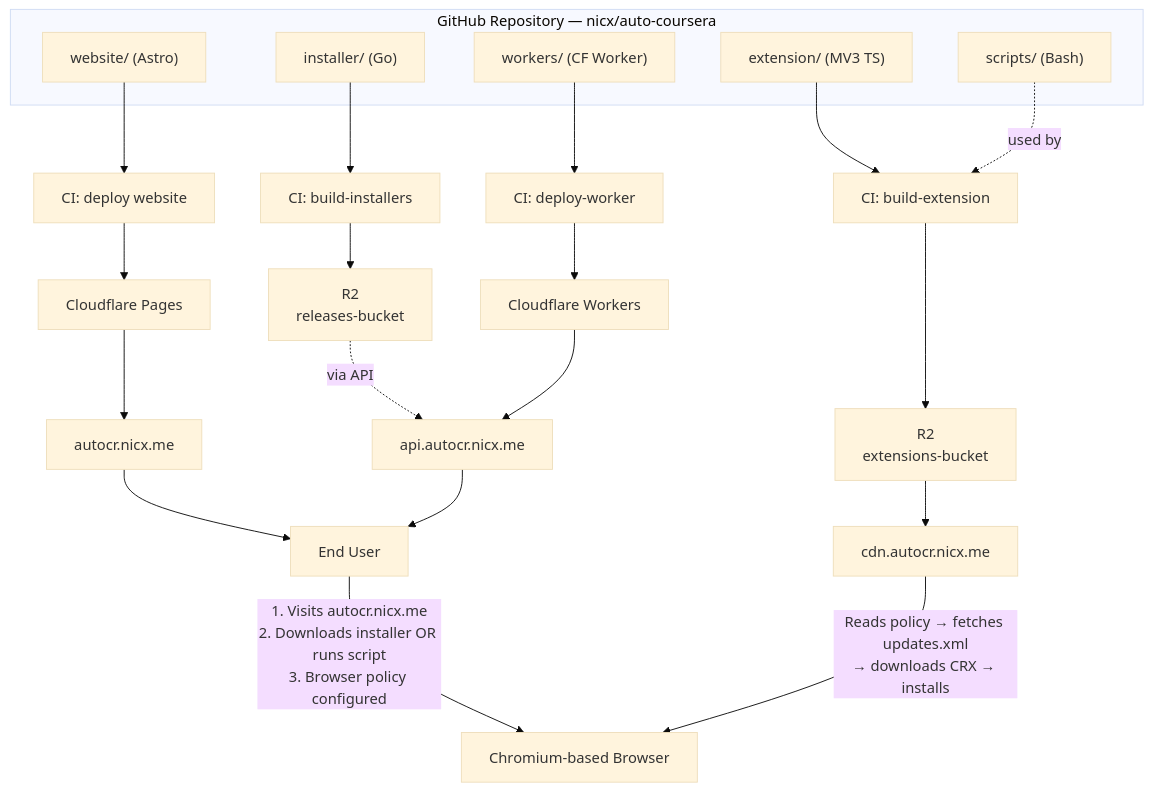
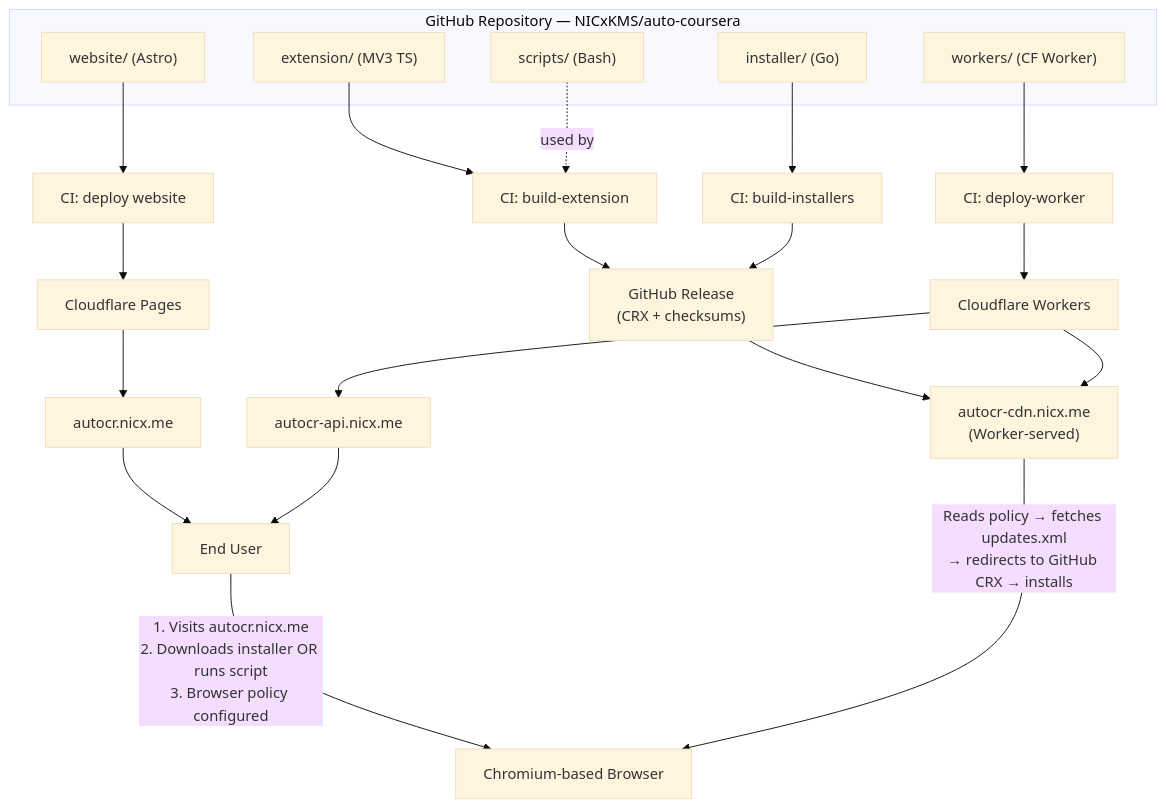
The first of 4 diagrams in docs/ARCHITECTURE.md (NICxKMS/auto-coursera), drawn with Mermaid (base theme) before and after one commit. The commit also changed other lines of this file and 116 other files, not shown here.

````diff
--- a/docs/ARCHITECTURE.md
+++ b/docs/ARCHITECTURE.md
@@ -48,32 +48,32 @@
 ```mermaid
 flowchart TD
-    subgraph repo["GitHub Repository — nicx/auto-coursera"]
+    subgraph repo["GitHub Repository — NICxKMS/auto-coursera"]
         ext["extension/ (MV3 TS)"]
         inst["installer/ (Go)"]
         web["website/ (Astro)"]
         wkr["workers/ (CF Worker)"]
         scr["scripts/ (Bash)"]
     end
 
     ext --> ci1["CI: build-extension"]
     inst --> ci2["CI: build-installers"]
     web --> ci3["CI: deploy website"]
     wkr --> ci4["CI: deploy-worker"]
     scr -.->|"used by"| ci1
 
-    ci1 --> r2e["R2\nextensions-bucket"]
-    ci2 --> r2r["R2\nreleases-bucket"]
+    ci1 --> ghrel["GitHub Release\n(CRX + checksums)"]
+    ci2 --> ghrel
     ci3 --> pages["Cloudflare Pages"]
     ci4 --> workers["Cloudflare Workers"]
 
-    r2e --> cdn["cdn.autocr.nicx.me"]
-    r2r -.->|"via API"| api
+    ghrel --> cdn["autocr-cdn.nicx.me\n(Worker-served)"]
     pages --> site["autocr.nicx.me"]
-    workers --> api["api.autocr.nicx.me"]
+    workers --> api["autocr-api.nicx.me"]
+    workers --> cdn
 
     site --> user["End User"]
     api --> user
 
     user -->|"1. Visits autocr.nicx.me\n2. Downloads installer OR runs script\n3. Browser policy configured"| browser["Chromium-based Browser"]
-    cdn -->|"Reads policy → fetches updates.xml\n→ downloads CRX → installs"| browser
+    cdn -->|"Reads policy → fetches updates.xml\n→ redirects to GitHub CRX → installs"| browser
 ```
````
